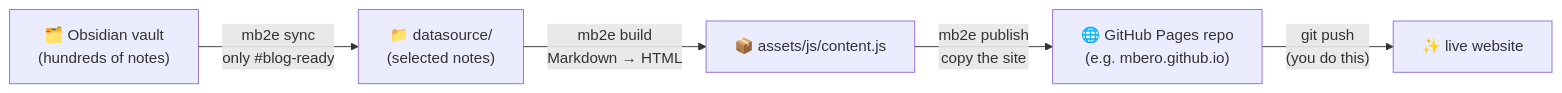
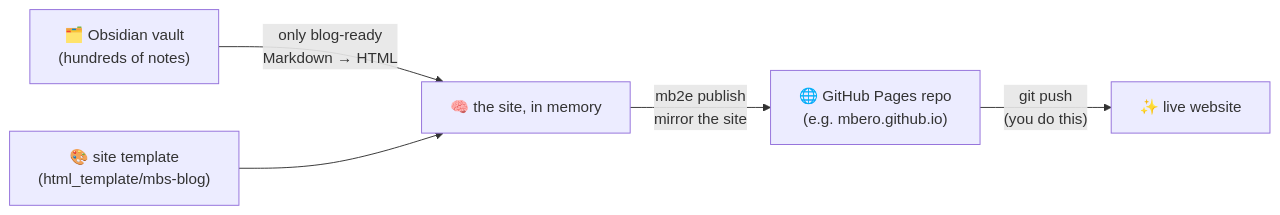
One commit to mbero/mb2e changed the first of 3 diagrams in README.md. Above: the diagram before and after it, drawn with Mermaid. The commit also changed other lines of this file and 77 other files, not shown here.

First line of the commit message:
refactor: reduce mb2e to three paths and generate data.js for mbs-blog

````diff
--- a/README.md
+++ b/README.md
@@ -16,7 +18,7 @@
 ```mermaid
 flowchart LR
-    V["🗂️ Obsidian vault<br/>(hundreds of notes)"] -->|"mb2e sync<br/>only #blog-ready"| D["📁 datasource/<br/>(selected notes)"]
-    D -->|"mb2e build<br/>Markdown → HTML"| C["📦 assets/js/content.js"]
-    C -->|"mb2e publish<br/>copy the site"| P["🌐 GitHub Pages repo<br/>(e.g. mbero.github.io)"]
+    V["🗂️ Obsidian vault<br/>(hundreds of notes)"] -->|"only blog-ready<br/>Markdown → HTML"| B["🧠 the site, in memory"]
+    T["🎨 site template<br/>(html_template/mbs-blog)"] --> B
+    B -->|"mb2e publish<br/>mirror the site"| P["🌐 GitHub Pages repo<br/>(e.g. mbero.github.io)"]
     P -->|"git push<br/>(you do this)"| W["✨ live website"]
 ```
````
